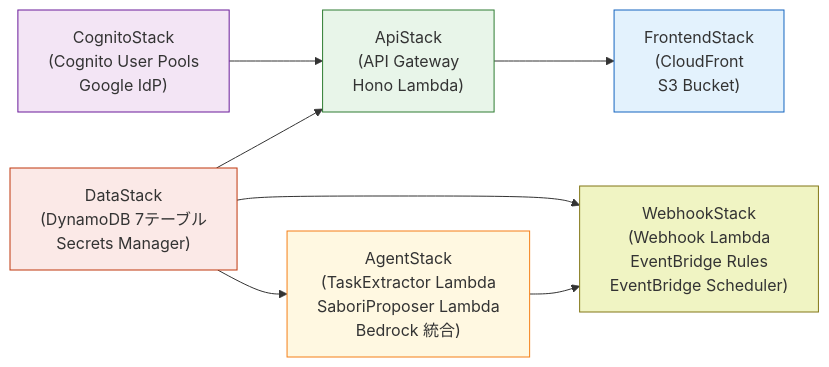
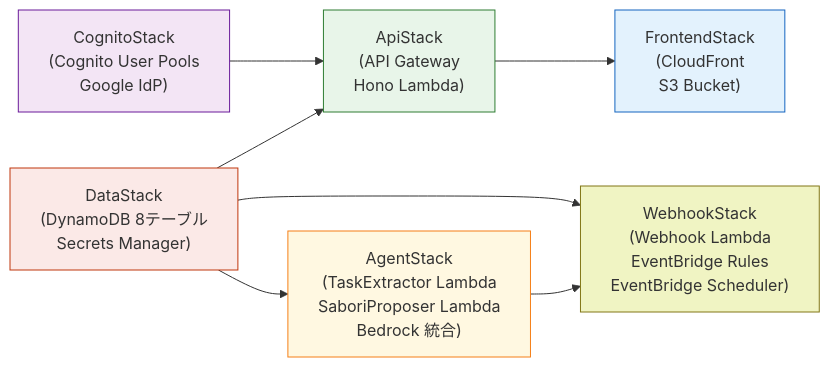
One commit to mashharuki/AWS-SummitHackathon-2026 changed the second of 2 diagrams in aidlc-docs/inception/application-design/aws-architecture.md. Above: the diagram before and after it, drawn with Mermaid. The commit also changed other lines of this file and 3 other files, not shown here.

````diff
--- a/aidlc-docs/inception/application-design/aws-architecture.md
+++ b/aidlc-docs/inception/application-design/aws-architecture.md
@@ -126,23 +126,23 @@
 ```mermaid
 graph LR
     C1["CognitoStack\n(Cognito User Pools\nGoogle IdP)"]
-    C2["DataStack\n(DynamoDB 7テーブル\nSecrets Manager)"]
+    C2["DataStack\n(DynamoDB 8テーブル\nSecrets Manager)"]
     C3["ApiStack\n(API Gateway\nHono Lambda)"]
     C4["AgentStack\n(TaskExtractor Lambda\nSaboriProposer Lambda\nBedrock 統合)"]
     C5["WebhookStack\n(Webhook Lambda\nEventBridge Rules\nEventBridge Scheduler)"]
     C6["FrontendStack\n(CloudFront\nS3 Bucket)"]
 
     C1 --> C3
     C2 --> C3
     C2 --> C4
     C2 --> C5
     C4 --> C5
     C3 --> C6
 
     style C1 fill:#F3E5F5,stroke:#6A1B9A
     style C2 fill:#FBE9E7,stroke:#BF360C
     style C3 fill:#E8F5E9,stroke:#2E7D32
     style C4 fill:#FFF8E1,stroke:#F57F17
     style C5 fill:#F0F4C3,stroke:#827717
     style C6 fill:#E3F2FD,stroke:#1565C0
 ```
````
